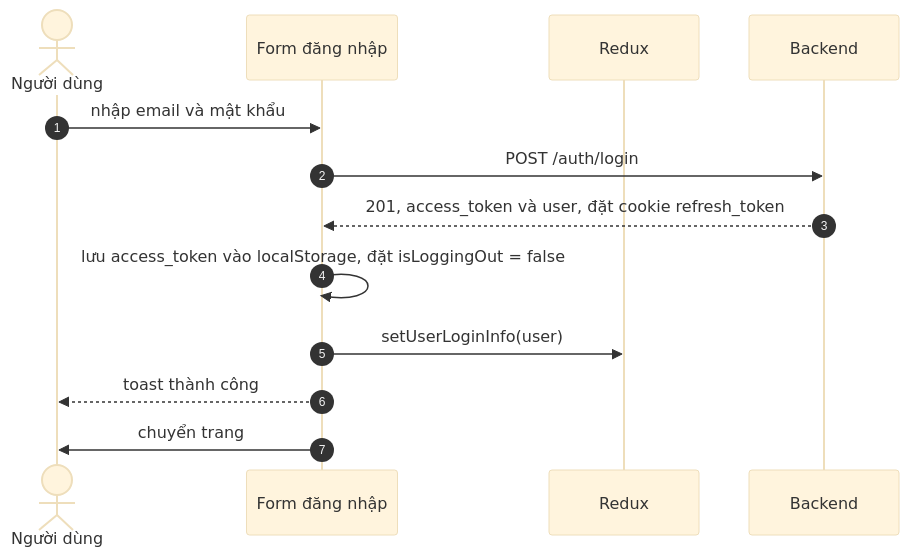
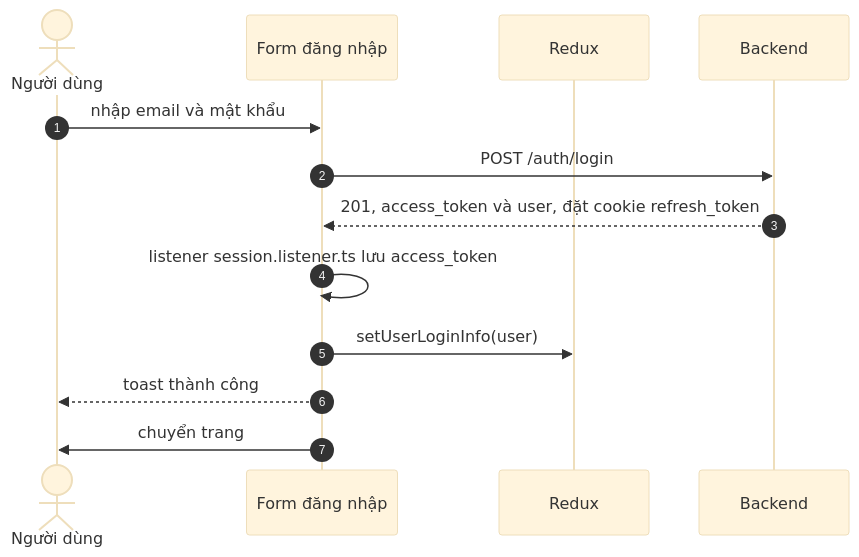
One commit to QuocDuy21-10/it-job-portal-fe changed the first of 3 diagrams in docs/05-business-flows/sequences/login-and-refresh-token.md. Above: the diagram before and after it, drawn with Mermaid (base theme). The commit also changed other lines of this file and 11 other files, not shown here.

````diff
--- a/docs/05-business-flows/sequences/login-and-refresh-token.md
+++ b/docs/05-business-flows/sequences/login-and-refresh-token.md
@@ -13,16 +13,16 @@
 ```mermaid
 sequenceDiagram
     autonumber
     actor U as Người dùng
     participant F as Form đăng nhập
     participant R as Redux
     participant B as Backend
 
     U->>F: nhập email và mật khẩu
     F->>B: POST /auth/login
     B-->>F: 201, access_token và user, đặt cookie refresh_token
-    F->>F: lưu access_token vào localStorage, đặt isLoggingOut = false
+    F->>F: listener session.listener.ts lưu access_token
     F->>R: setUserLoginInfo(user)
     F-->>U: toast thành công
     F->>U: chuyển trang
 ```
````
